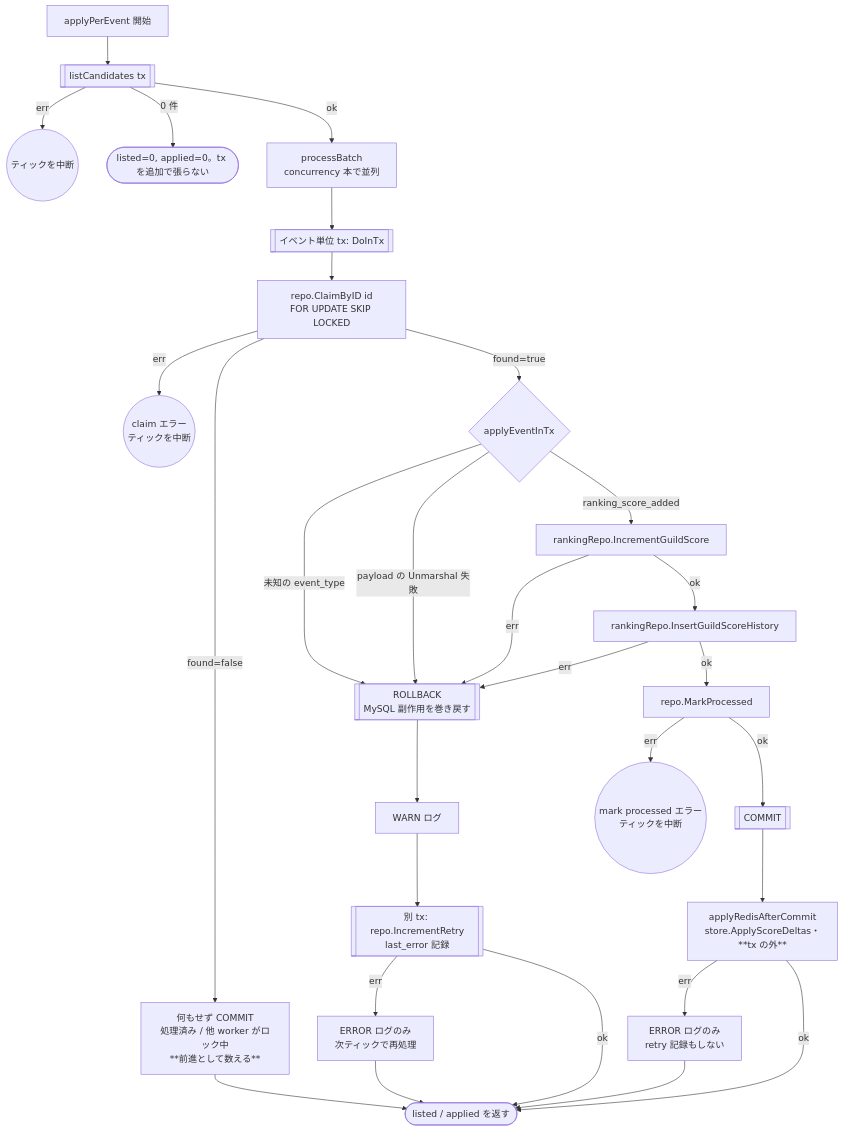
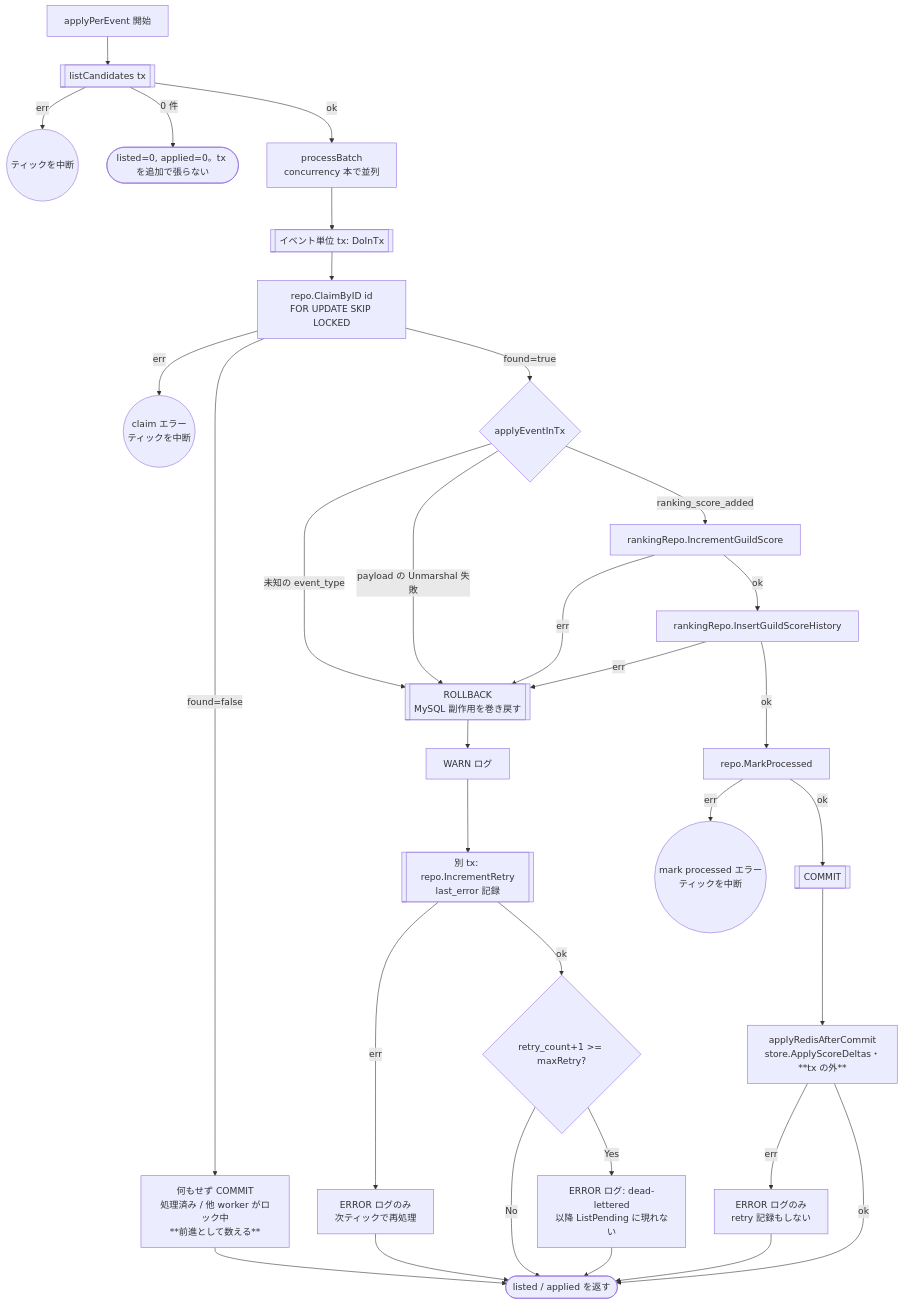
Before and after one commit to uchidas-rogue/game-api-sample: the fourth of 4 diagrams in docs/testing/outbox-worker.md, drawn with Mermaid. The commit also changed other lines of this file and 16 other files, not shown here.

First line of the commit message:
outbox: retry 上限で恒久失敗イベントを打ち切る（max retry / DLQ）

````diff
--- a/docs/testing/outbox-worker.md
+++ b/docs/testing/outbox-worker.md
@@ -245,35 +279,38 @@
 ```mermaid
 flowchart TD
     PA[applyPerEvent 開始] --> LC[[listCandidates tx]]
     LC -- err --> PE0((ティックを中断))
     LC -- 0 件 --> PZ0([listed=0, applied=0。tx を追加で張らない])
     LC -- ok --> PB[processBatch<br/>concurrency 本で並列]
 
     PB --> P1[[イベント単位 tx: DoInTx]]
     P1 --> P2[repo.ClaimByID id<br/>FOR UPDATE SKIP LOCKED]
     P2 -- err --> PE1((claim エラー<br/>ティックを中断))
     P2 -- found=false --> PS[何もせず COMMIT<br/>処理済み / 他 worker がロック中<br/>**前進として数える**]
     PS --> PZ([listed / applied を返す])
     P2 -- found=true --> H{applyEventInTx}
 
     H -- 未知の event_type --> RB
     H -- payload の Unmarshal 失敗 --> RB
     H -- ranking_score_added --> M1[rankingRepo.IncrementGuildScore]
     M1 -- err --> RB
     M1 -- ok --> M2[rankingRepo.InsertGuildScoreHistory]
     M2 -- err --> RB
     M2 -- ok --> MK[repo.MarkProcessed]
 
     MK -- err --> PE2((mark processed エラー<br/>ティックを中断))
     MK -- ok --> CM[[COMMIT]]
     CM --> R[applyRedisAfterCommit<br/>store.ApplyScoreDeltas・**tx の外**]
     R -- err --> RE[ERROR ログのみ<br/>retry 記録もしない]
     R -- ok --> PZ
     RE --> PZ
 
     RB[[ROLLBACK<br/>MySQL 副作用を巻き戻す]] --> W[WARN ログ]
     W --> RT[[別 tx: repo.IncrementRetry<br/>last_error 記録]]
     RT -- err --> RTE[ERROR ログのみ<br/>次ティックで再処理]
-    RT -- ok --> PZ
+    RT -- ok --> DL{retry_count+1 >= maxRetry?}
+    DL -- No --> PZ
+    DL -- Yes --> DLE[ERROR ログ: dead-lettered<br/>以降 ListPending に現れない]
+    DLE --> PZ
     RTE --> PZ
 ```
````
